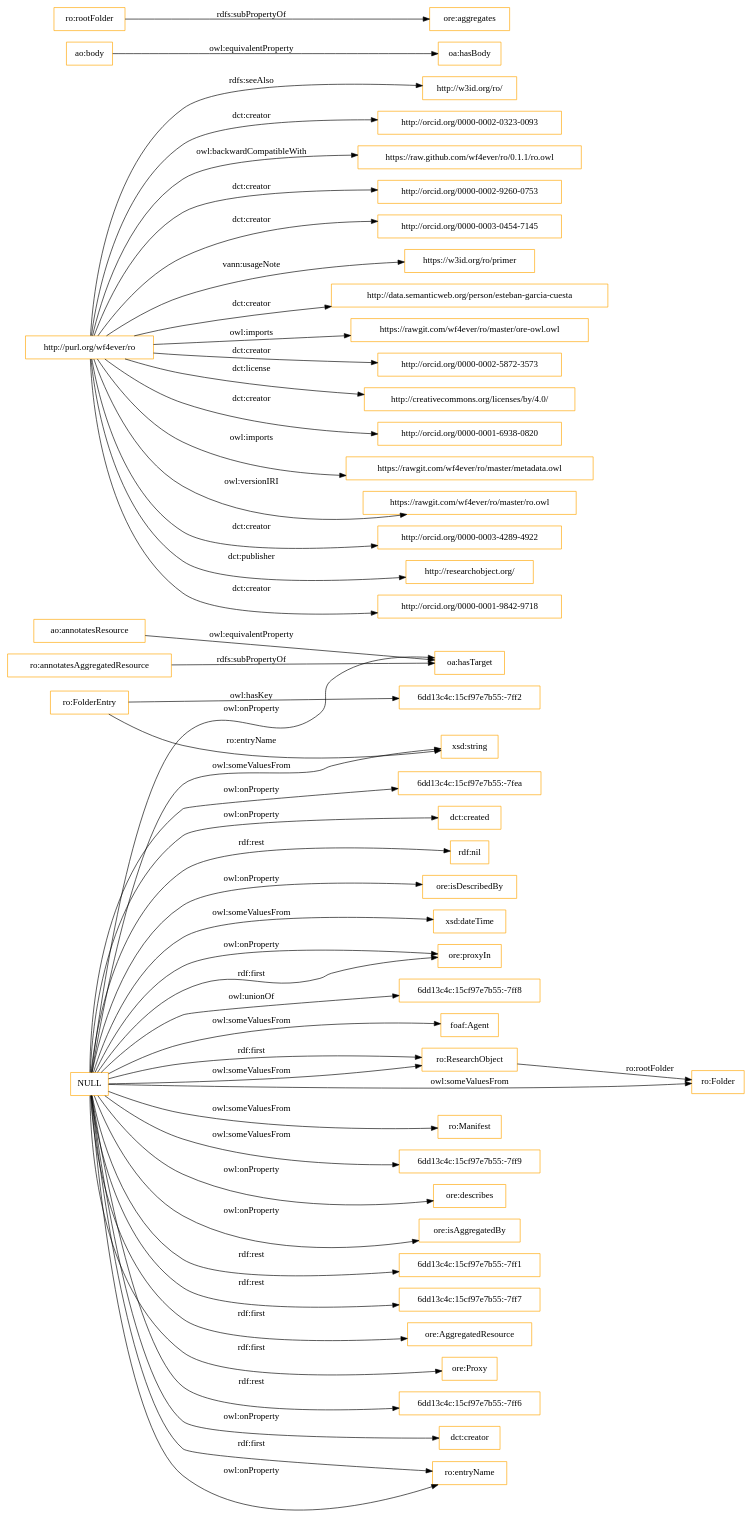
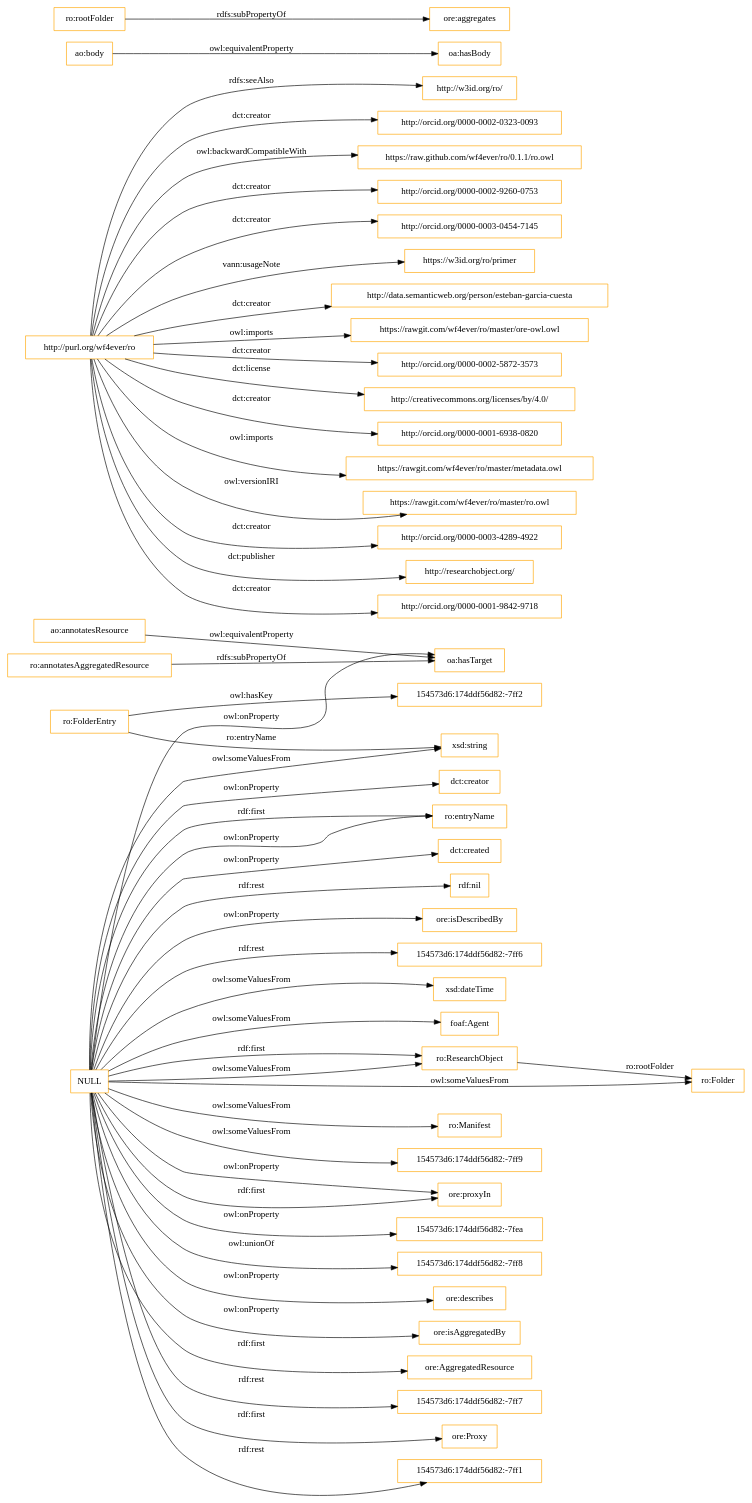
Before and after one commit to ahmad88me/ro: the diagram in OnToology/ro.owl/diagrams/ar2dtool-class/ro.owl.png.dot, drawn with Graphviz. The commit also changed 231 other files, not shown here.

```diff
--- a/OnToology/ro.owl/diagrams/ar2dtool-class/ro.owl.png.dot
+++ b/OnToology/ro.owl/diagrams/ar2dtool-class/ro.owl.png.dot
@@ -1,55 +1,55 @@
 digraph ar2dtool_diagram { 
 rankdir=LR;
 size="1501"
-node [shape = rectangle, color="orange"]; "foaf:Agent" "ro:ResearchObject" "ro:Manifest" "ro:FolderEntry" "ro:Folder" "6dd13c4c:15cf97e7b55:-7ff9" ; /*classes style*/
+node [shape = rectangle, color="orange"]; "foaf:Agent" "ro:ResearchObject" "ro:Manifest" "ro:FolderEntry" "ro:Folder" "154573d6:174ddf56d82:-7ff9" ; /*classes style*/
 	"ao:annotatesResource" -> "oa:hasTarget" [ label = "owl:equivalentProperty" ];
 	"http://purl.org/wf4ever/ro" -> "http://w3id.org/ro/" [ label = "rdfs:seeAlso" ];
 	"http://purl.org/wf4ever/ro" -> "http://orcid.org/0000-0002-0323-0093" [ label = "dct:creator" ];
 	"http://purl.org/wf4ever/ro" -> "https://raw.github.com/wf4ever/ro/0.1.1/ro.owl" [ label = "owl:backwardCompatibleWith" ];
 	"http://purl.org/wf4ever/ro" -> "http://orcid.org/0000-0002-9260-0753" [ label = "dct:creator" ];
 	"http://purl.org/wf4ever/ro" -> "http://orcid.org/0000-0003-0454-7145" [ label = "dct:creator" ];
 	"http://purl.org/wf4ever/ro" -> "https://w3id.org/ro/primer" [ label = "vann:usageNote" ];
 	"http://purl.org/wf4ever/ro" -> "http://data.semanticweb.org/person/esteban-garcia-cuesta" [ label = "dct:creator" ];
 	"http://purl.org/wf4ever/ro" -> "https://rawgit.com/wf4ever/ro/master/ore-owl.owl" [ label = "owl:imports" ];
 	"http://purl.org/wf4ever/ro" -> "http://orcid.org/0000-0002-5872-3573" [ label = "dct:creator" ];
 	"http://purl.org/wf4ever/ro" -> "http://creativecommons.org/licenses/by/4.0/" [ label = "dct:license" ];
 	"http://purl.org/wf4ever/ro" -> "http://orcid.org/0000-0001-6938-0820" [ label = "dct:creator" ];
 	"http://purl.org/wf4ever/ro" -> "https://rawgit.com/wf4ever/ro/master/metadata.owl" [ label = "owl:imports" ];
 	"http://purl.org/wf4ever/ro" -> "https://rawgit.com/wf4ever/ro/master/ro.owl" [ label = "owl:versionIRI" ];
 	"http://purl.org/wf4ever/ro" -> "http://orcid.org/0000-0003-4289-4922" [ label = "dct:creator" ];
 	"http://purl.org/wf4ever/ro" -> "http://researchobject.org/" [ label = "dct:publisher" ];
 	"http://purl.org/wf4ever/ro" -> "http://orcid.org/0000-0001-9842-9718" [ label = "dct:creator" ];
 	"ao:body" -> "oa:hasBody" [ label = "owl:equivalentProperty" ];
 	"ro:annotatesAggregatedResource" -> "oa:hasTarget" [ label = "rdfs:subPropertyOf" ];
+	"NULL" -> "154573d6:174ddf56d82:-7fea" [ label = "owl:onProperty" ];
+	"NULL" -> "154573d6:174ddf56d82:-7ff8" [ label = "owl:unionOf" ];
 	"NULL" -> "xsd:string" [ label = "owl:someValuesFrom" ];
+	"NULL" -> "ore:AggregatedResource" [ label = "rdf:first" ];
+	"NULL" -> "154573d6:174ddf56d82:-7ff7" [ label = "rdf:rest" ];
 	"NULL" -> "ro:Folder" [ label = "owl:someValuesFrom" ];
-	"NULL" -> "ore:AggregatedResource" [ label = "rdf:first" ];
 	"NULL" -> "ore:Proxy" [ label = "rdf:first" ];
 	"NULL" -> "foaf:Agent" [ label = "owl:someValuesFrom" ];
-	"NULL" -> "6dd13c4c:15cf97e7b55:-7ff6" [ label = "rdf:rest" ];
+	"NULL" -> "154573d6:174ddf56d82:-7ff1" [ label = "rdf:rest" ];
 	"NULL" -> "dct:creator" [ label = "owl:onProperty" ];
+	"NULL" -> "154573d6:174ddf56d82:-7ff9" [ label = "owl:someValuesFrom" ];
 	"NULL" -> "ro:entryName" [ label = "rdf:first" ];
 	"NULL" -> "oa:hasTarget" [ label = "owl:onProperty" ];
 	"NULL" -> "ro:ResearchObject" [ label = "rdf:first" ];
-	"NULL" -> "6dd13c4c:15cf97e7b55:-7fea" [ label = "owl:onProperty" ];
 	"NULL" -> "dct:created" [ label = "owl:onProperty" ];
 	"NULL" -> "ro:Manifest" [ label = "owl:someValuesFrom" ];
 	"NULL" -> "rdf:nil" [ label = "rdf:rest" ];
 	"NULL" -> "ore:isDescribedBy" [ label = "owl:onProperty" ];
-	"NULL" -> "6dd13c4c:15cf97e7b55:-7ff9" [ label = "owl:someValuesFrom" ];
+	"NULL" -> "154573d6:174ddf56d82:-7ff6" [ label = "rdf:rest" ];
 	"NULL" -> "xsd:dateTime" [ label = "owl:someValuesFrom" ];
 	"NULL" -> "ore:proxyIn" [ label = "owl:onProperty" ];
 	"NULL" -> "ro:entryName" [ label = "owl:onProperty" ];
-	"NULL" -> "6dd13c4c:15cf97e7b55:-7ff8" [ label = "owl:unionOf" ];
 	"NULL" -> "ore:describes" [ label = "owl:onProperty" ];
 	"NULL" -> "ro:ResearchObject" [ label = "owl:someValuesFrom" ];
 	"NULL" -> "ore:isAggregatedBy" [ label = "owl:onProperty" ];
-	"NULL" -> "6dd13c4c:15cf97e7b55:-7ff1" [ label = "rdf:rest" ];
-	"NULL" -> "6dd13c4c:15cf97e7b55:-7ff7" [ label = "rdf:rest" ];
 	"NULL" -> "ore:proxyIn" [ label = "rdf:first" ];
-	"ro:FolderEntry" -> "6dd13c4c:15cf97e7b55:-7ff2" [ label = "owl:hasKey" ];
+	"ro:FolderEntry" -> "154573d6:174ddf56d82:-7ff2" [ label = "owl:hasKey" ];
 	"ro:rootFolder" -> "ore:aggregates" [ label = "rdfs:subPropertyOf" ];
 	"ro:ResearchObject" -> "ro:Folder" [ label = "ro:rootFolder" ];
 	"ro:FolderEntry" -> "xsd:string" [ label = "ro:entryName" ];
 
 }
```
